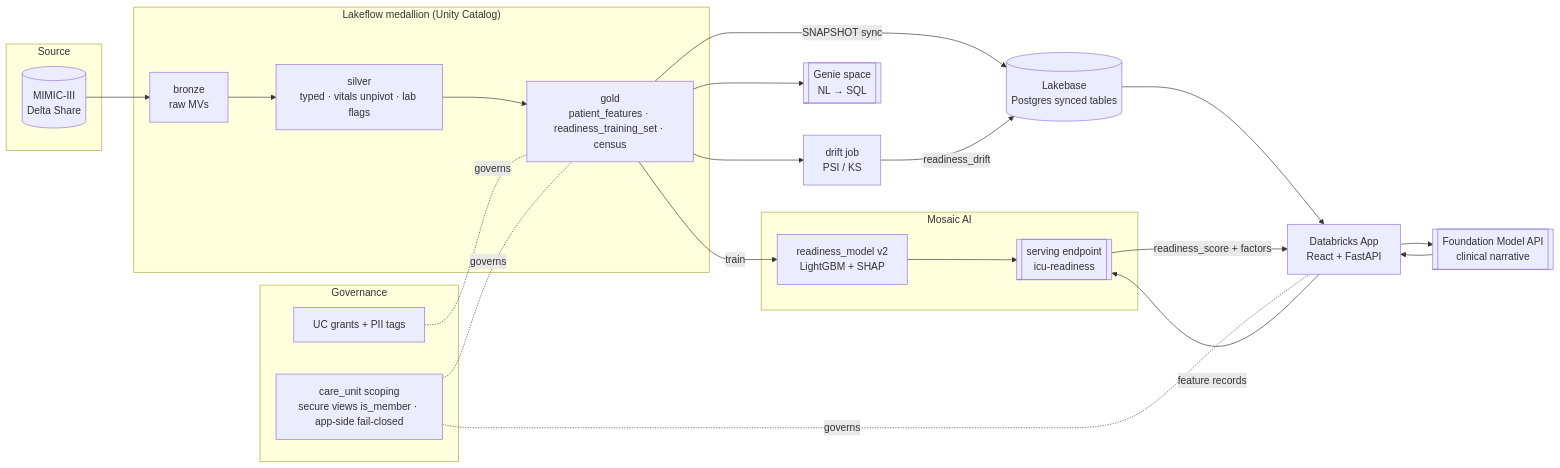
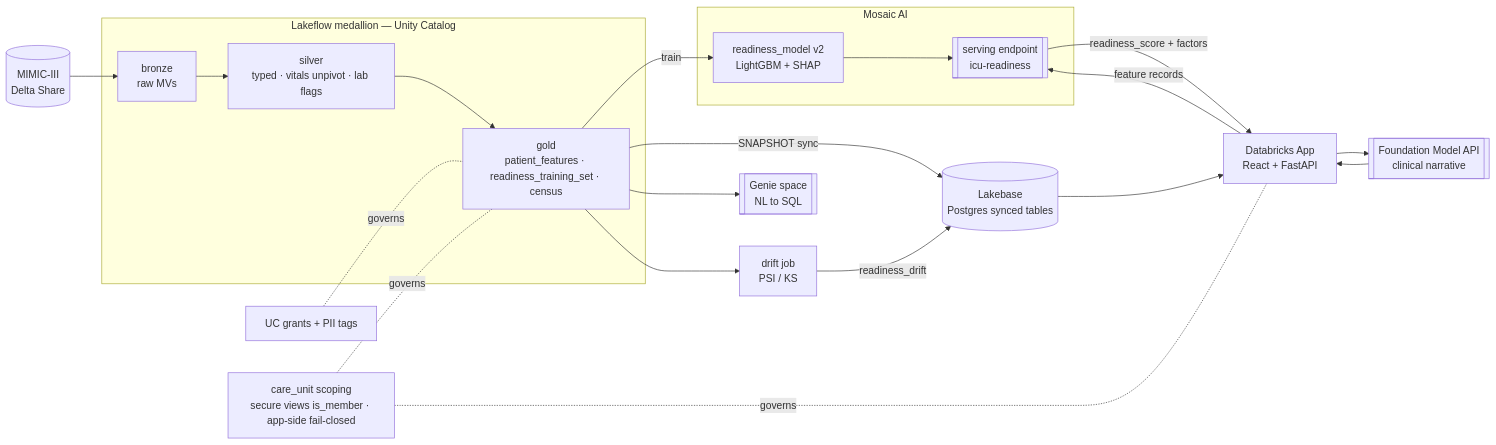
Before and after one commit to mattslack-db/icu-step-down-readiness: the diagram in evidence/architecture.md, drawn with Mermaid. The commit also changed other lines of this file and 2 other files, not shown here.

Commit message:
docs(evidence): add rendered architecture PNG alongside the Mermaid text
Render the architecture diagram to evidence/architecture.png (Mermaid via
headless Chrome) so it's available if the collector includes images; the
Mermaid text remains the guaranteed-collected version. Fix the .md diagram to
use <br/> (clean GitHub render) and reference the PNG; note both in the README
reviewer map.

````diff
--- a/evidence/architecture.md
+++ b/evidence/architecture.md
@@ -7,42 +11,38 @@
 ```mermaid
 flowchart LR
-  subgraph Source
-    M[(MIMIC-III\nDelta Share)]
-  end
-  subgraph Lakeflow["Lakeflow medallion (Unity Catalog)"]
-    B[bronze\nraw MVs]
-    S[silver\ntyped · vitals unpivot · lab flags]
-    G[gold\npatient_features · readiness_training_set · census]
+  M[(MIMIC-III<br/>Delta Share)]
+  subgraph Lakeflow["Lakeflow medallion — Unity Catalog"]
+    B[bronze<br/>raw MVs]
+    S[silver<br/>typed · vitals unpivot · lab flags]
+    G[gold<br/>patient_features · readiness_training_set · census]
     B --> S --> G
   end
   subgraph ML["Mosaic AI"]
-    MODEL[readiness_model v2\nLightGBM + SHAP]
-    EP[[serving endpoint\nicu-readiness]]
+    MODEL[readiness_model v2<br/>LightGBM + SHAP]
+    EP[[serving endpoint<br/>icu-readiness]]
     MODEL --> EP
   end
-  FM[[Foundation Model API\nclinical narrative]]
-  GEN[[Genie space\nNL → SQL]]
-  LB[(Lakebase\nPostgres synced tables)]
-  APP[Databricks App\nReact + FastAPI]
-  DRIFT[drift job\nPSI / KS]
+  FM[[Foundation Model API<br/>clinical narrative]]
+  GEN[[Genie space<br/>NL to SQL]]
+  LB[(Lakebase<br/>Postgres synced tables)]
+  APP[Databricks App<br/>React + FastAPI]
+  DRIFT[drift job<br/>PSI / KS]
 
   M --> B
   G -->|train| MODEL
   G -->|SNAPSHOT sync| LB
   G --> GEN
   G --> DRIFT
   LB --> APP
   APP -->|feature records| EP
   EP -->|readiness_score + factors| APP
   APP --> FM
   FM --> APP
   DRIFT -->|readiness_drift| LB
 
-  subgraph Governance
-    UC[UC grants + PII tags]
-    RLS[care_unit scoping\nsecure views is_member · app-side fail-closed]
-  end
+  UC[UC grants + PII tags]
+  RLS[care_unit scoping<br/>secure views is_member · app-side fail-closed]
   UC -.governs.- G
   RLS -.governs.- G
   RLS -.governs.- APP
 ```
````
